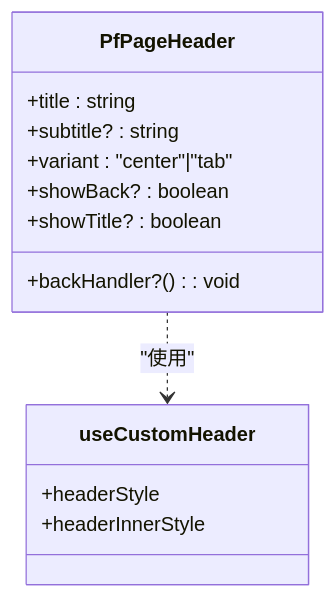
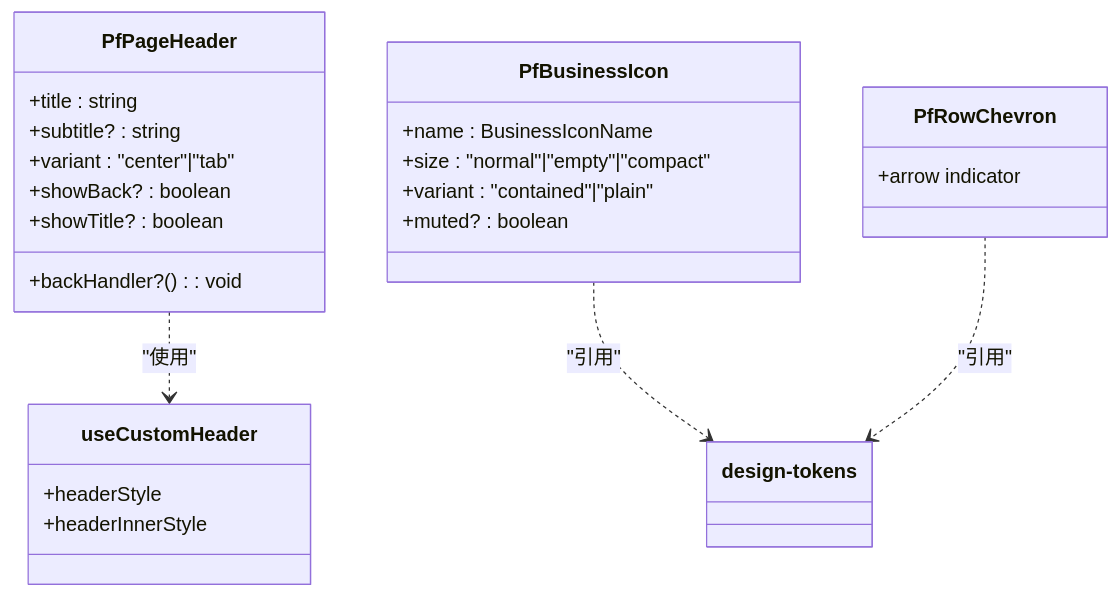
The fourth of 7 diagrams in .qoder/repowiki/zh/content/前端应用/应用架构设计.md (wungjyan/pocket-farm), drawn with Mermaid before and after one commit. The commit also changed other lines of this file and 198 other files, not shown here.

````diff
--- a/.qoder/repowiki/zh/content/前端应用/应用架构设计.md
+++ b/.qoder/repowiki/zh/content/前端应用/应用架构设计.md
@@ -171,16 +199,27 @@
 ```mermaid
 classDiagram
 class PfPageHeader {
 +title : string
 +subtitle? : string
 +variant : "center"|"tab"
 +showBack? : boolean
 +showTitle? : boolean
 +backHandler?() : void
 }
+class PfBusinessIcon {
++name : BusinessIconName
++size : "normal"|"empty"|"compact"
++variant : "contained"|"plain"
++muted? : boolean
+}
+class PfRowChevron {
++arrow indicator
+}
 class useCustomHeader {
 +headerStyle
 +headerInnerStyle
 }
 PfPageHeader ..> useCustomHeader : "使用"
+PfBusinessIcon ..> design-tokens : "引用"
+PfRowChevron ..> design-tokens : "引用"
 ```
````
